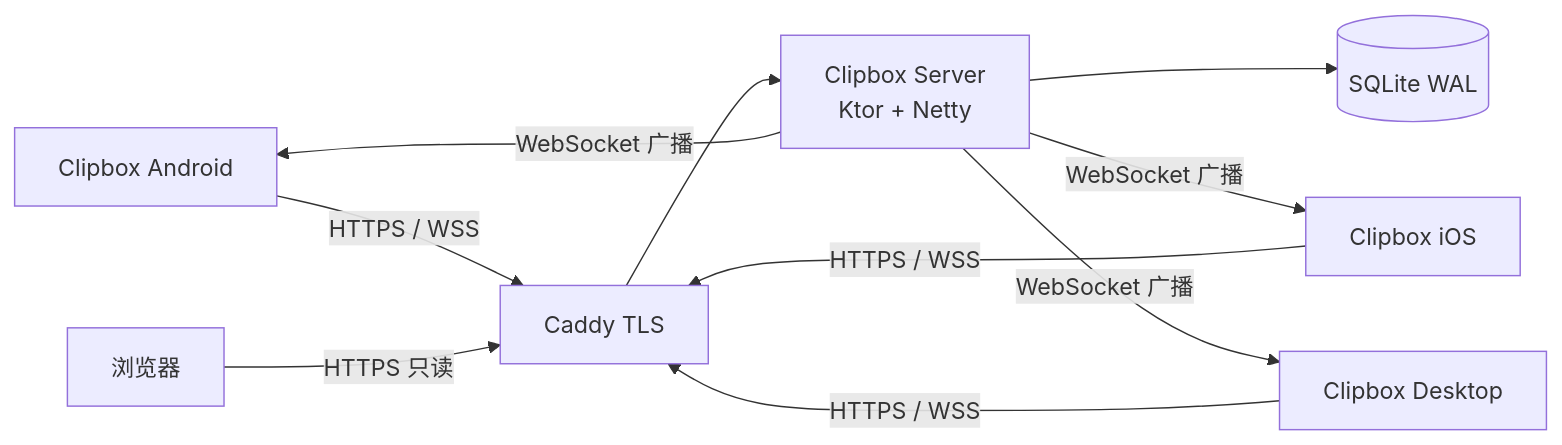
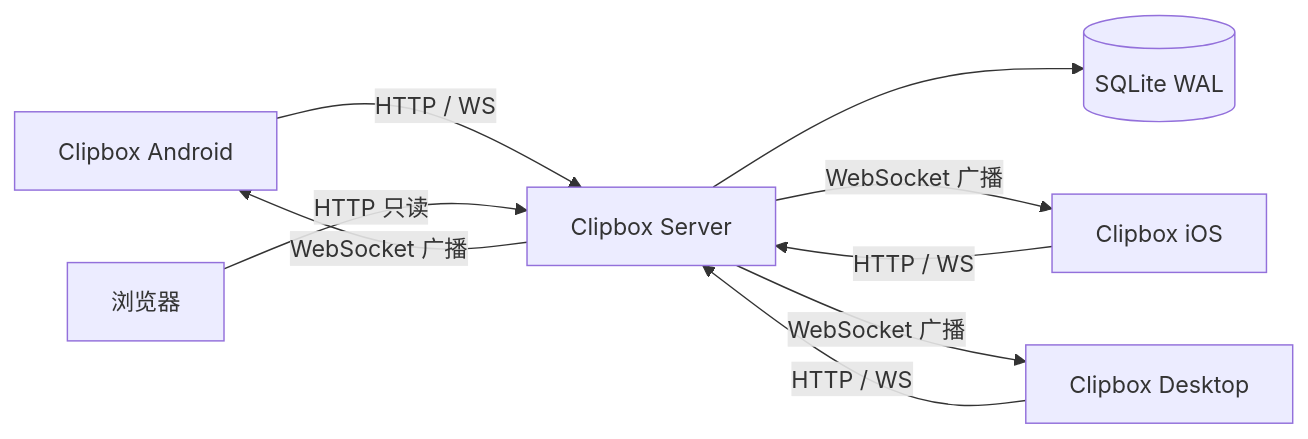
Before and after one commit to xingfengwxx/Clipbox: the diagram in docs/README.md, drawn with Mermaid. The commit also changed other lines of this file and 15 other files, not shown here.

````diff
--- a/docs/README.md
+++ b/docs/README.md
@@ -28,12 +28,11 @@
 ```mermaid
 flowchart LR
-    Android[Clipbox Android] -->|HTTPS / WSS| Caddy[Caddy TLS]
-    iOS[Clipbox iOS] -->|HTTPS / WSS| Caddy
-    Desktop[Clipbox Desktop] -->|HTTPS / WSS| Caddy
-    Browser[浏览器] -->|HTTPS 只读| Caddy
-    Caddy --> Server[Clipbox Server<br/>Ktor + Netty]
+    Android[Clipbox Android] -->|HTTP / WS| Server[Clipbox Server]
+    iOS[Clipbox iOS] -->|HTTP / WS| Server
+    Desktop[Clipbox Desktop] -->|HTTP / WS| Server
+    Browser[浏览器] -->|HTTP 只读| Server
     Server --> SQLite[(SQLite WAL)]
     Server -->|WebSocket 广播| Android
     Server -->|WebSocket 广播| iOS
     Server -->|WebSocket 广播| Desktop
 ```
````
